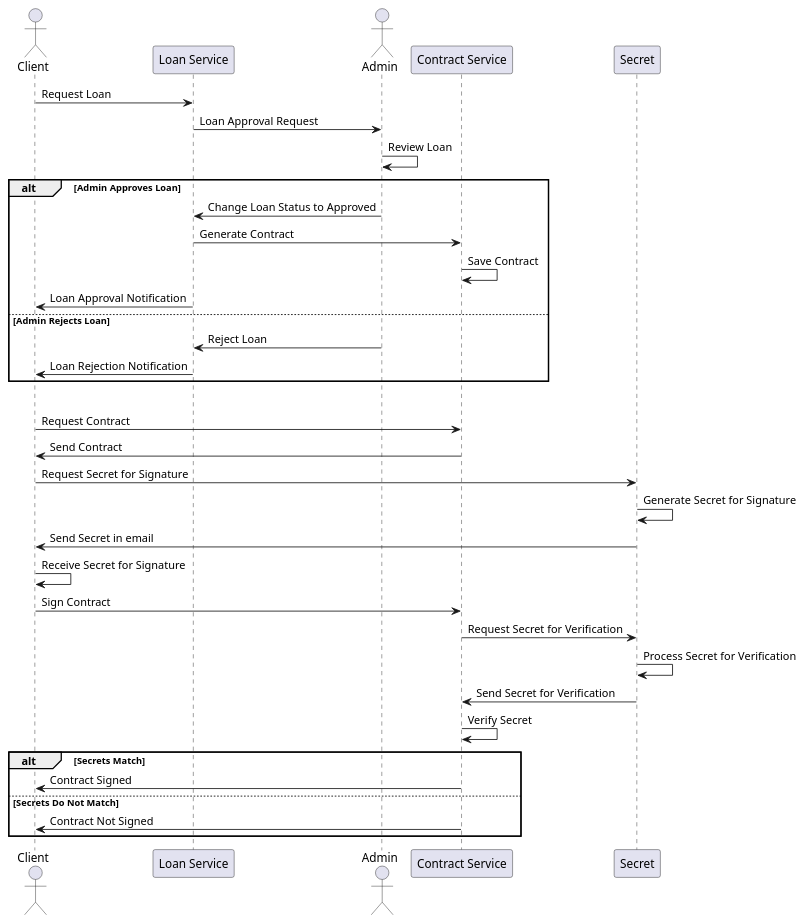
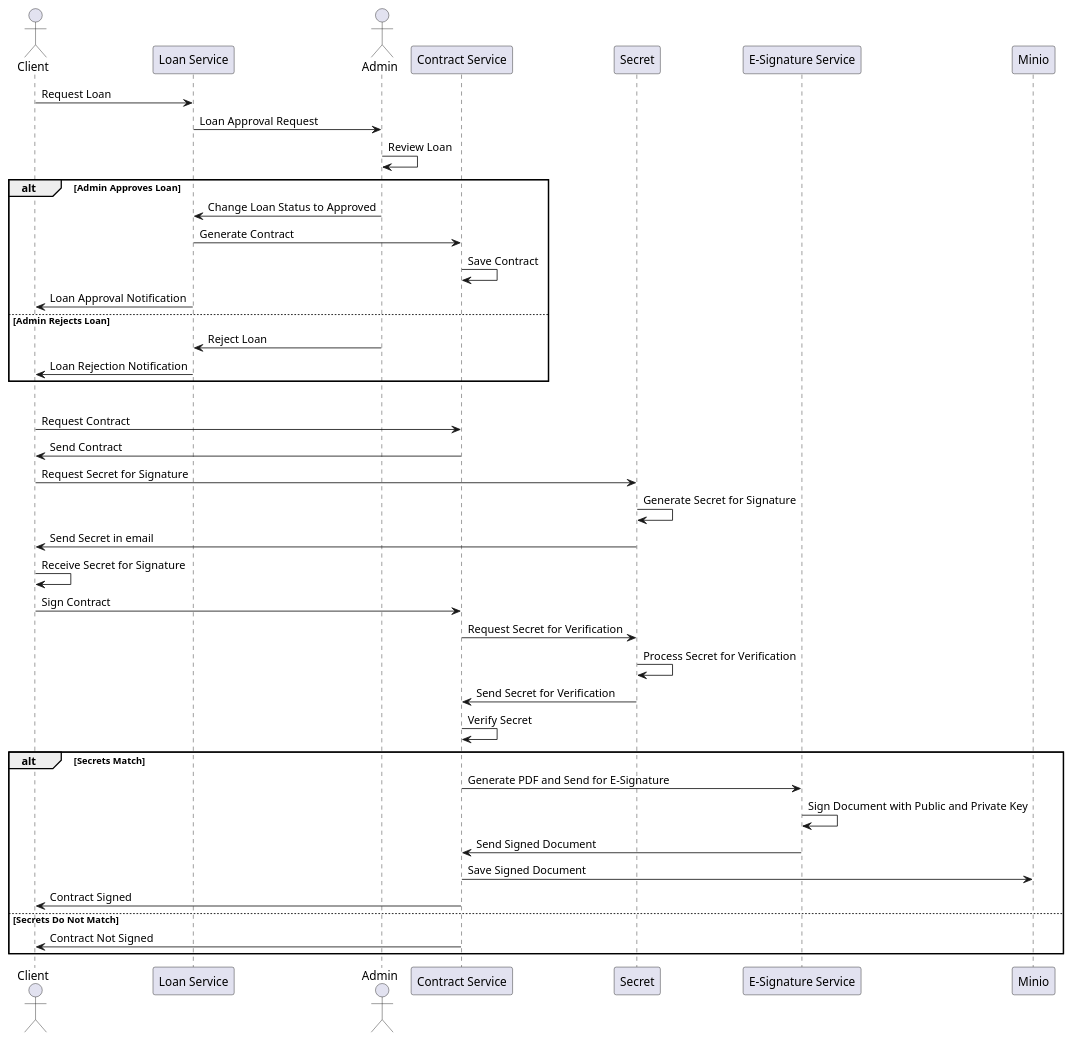
The diagram in AppCC-back/Uml/Sequence/LoanRequestSequenceDiagram.puml (Yahya-rabii/soge-plus), drawn with PlantUML before and after one commit. The commit also changed 275 other files, not shown here.

```diff
--- a/AppCC-back/Uml/Sequence/LoanRequestSequenceDiagram.puml
+++ b/AppCC-back/Uml/Sequence/LoanRequestSequenceDiagram.puml
@@ -1,36 +1,43 @@
 @startuml
 actor Client
 participant "Loan Service" as LoanService
 actor Admin
 participant "Contract Service" as ContractService
 participant "Secret" as Secret
+participant "E-Signature Service" as ESignatureService
+participant "Minio" as Minio
+
 Client -> LoanService: Request Loan
 LoanService -> Admin: Loan Approval Request
 Admin -> Admin: Review Loan
 alt Admin Approves Loan
     Admin -> LoanService: Change Loan Status to Approved
-    LoanService-> ContractService: Generate Contract
+    LoanService -> ContractService: Generate Contract
     ContractService -> ContractService: Save Contract
     LoanService -> Client: Loan Approval Notification
 else Admin Rejects Loan
     Admin -> LoanService: Reject Loan
     LoanService -> Client: Loan Rejection Notification
 end
 alt Client Agrees to Contract
     Client -> ContractService: Request Contract
     ContractService -> Client: Send Contract
     Client -> Secret: Request Secret for Signature
     Secret -> Secret: Generate Secret for Signature
     Secret -> Client: Send Secret in email
     Client -> Client: Receive Secret for Signature
     Client -> ContractService: Sign Contract
     ContractService -> Secret: Request Secret for Verification
     Secret -> Secret: Process Secret for Verification
     Secret -> ContractService: Send Secret for Verification
     ContractService -> ContractService: Verify Secret
     alt Secrets Match
+        ContractService -> ESignatureService: Generate PDF and Send for E-Signature
+        ESignatureService -> ESignatureService: Sign Document with Public and Private Key
+        ESignatureService -> ContractService: Send Signed Document
+        ContractService -> Minio: Save Signed Document
         ContractService -> Client: Contract Signed
     else Secrets Do Not Match
         ContractService -> Client: Contract Not Signed
     end
 @enduml
```
